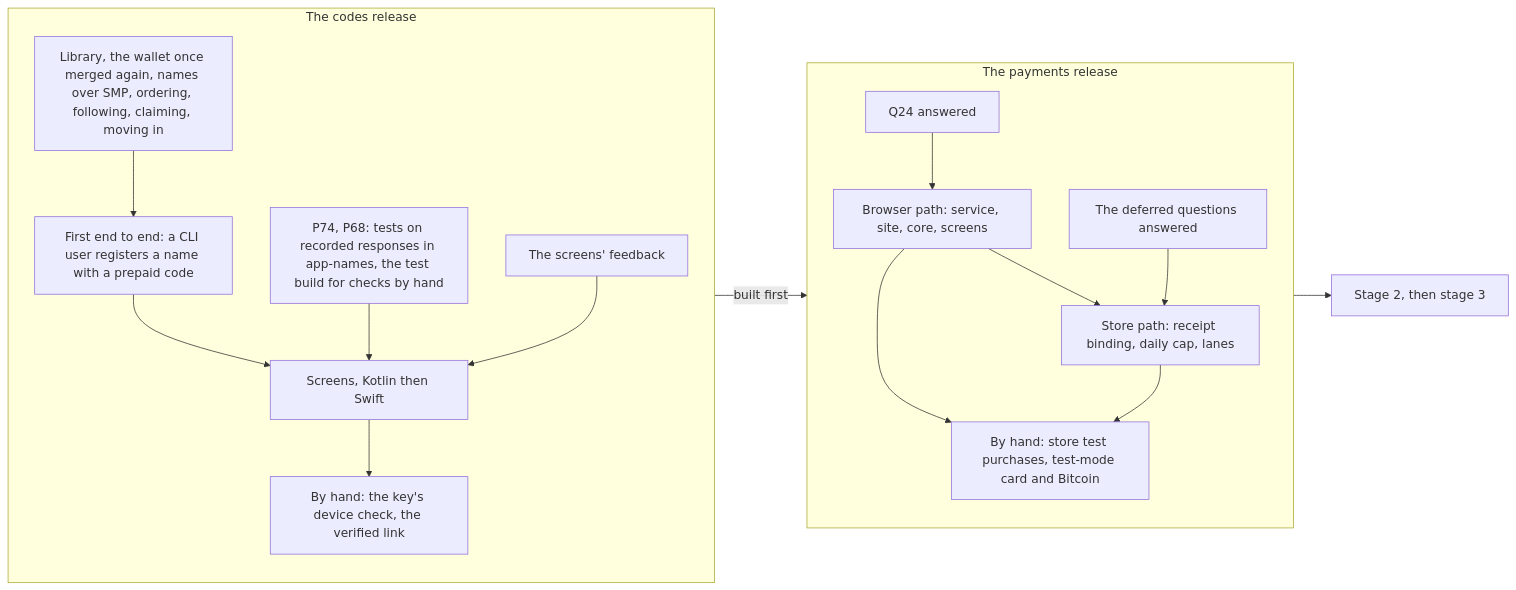
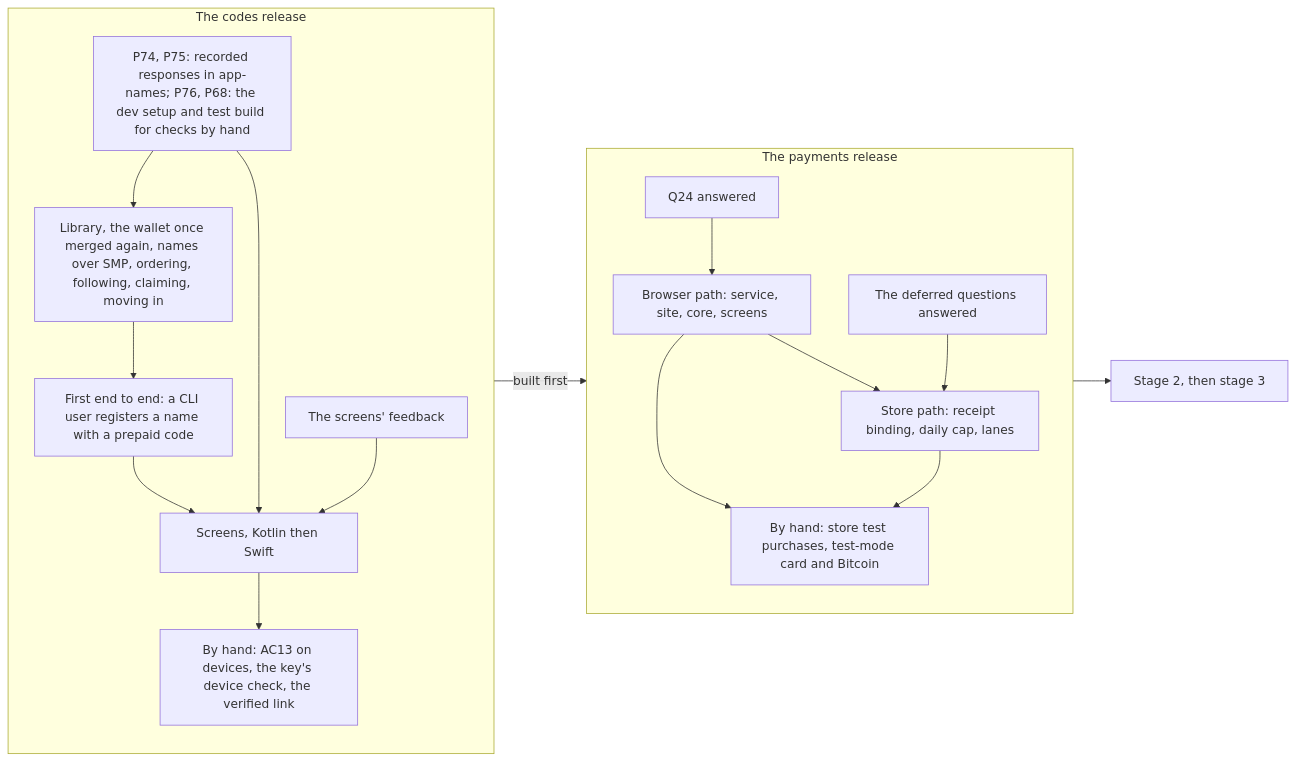
The tenth of 11 diagrams in plans/2026-10-30-names-in-app-purchases.md (simplex-chat/simplex-chat), drawn with Mermaid before and after one commit. The commit also changed other lines of this file, not shown here.

Commit message:
docs: names plan records each flow once and checks taps by hand

````diff
--- a/plans/2026-10-30-names-in-app-purchases.md
+++ b/plans/2026-10-30-names-in-app-purchases.md
@@ -1320,32 +1320,33 @@
 ```mermaid
 flowchart LR
   subgraph codes["The codes release"]
     direction TB
-    dev["P74, P68: tests on recorded responses in app-names, the test build for checks by hand"]
+    dev["P74, P75: recorded responses in app-names; P76, P68: the dev setup and test build for checks by hand"]
     core["Library, the wallet once merged again, names over SMP, ordering, following, claiming, moving in"]
     e2e["First end to end: a CLI user registers a name with a prepaid code"]
     fb["The screens' feedback"]
     ui["Screens, Kotlin then Swift"]
-    hand1["By hand: the key's device check, the verified link"]
+    hand1["By hand: AC13 on devices, the key's device check, the verified link"]
     core --> e2e
     e2e --> ui
+    dev --> core
     dev --> ui
     fb --> ui
     ui --> hand1
   end
   subgraph pay["The payments release"]
     direction TB
     q24["Q24 answered"]
     qd["The deferred questions answered"]
     browser["Browser path: service, site, core, screens"]
     store["Store path: receipt binding, daily cap, lanes"]
     hand2["By hand: store test purchases, test-mode card and Bitcoin"]
     q24 --> browser
     qd --> store
     browser --> store
     browser --> hand2
     store --> hand2
   end
   codes -->|"built first"| pay
   pay --> later["Stage 2, then stage 3"]
 ```
````
